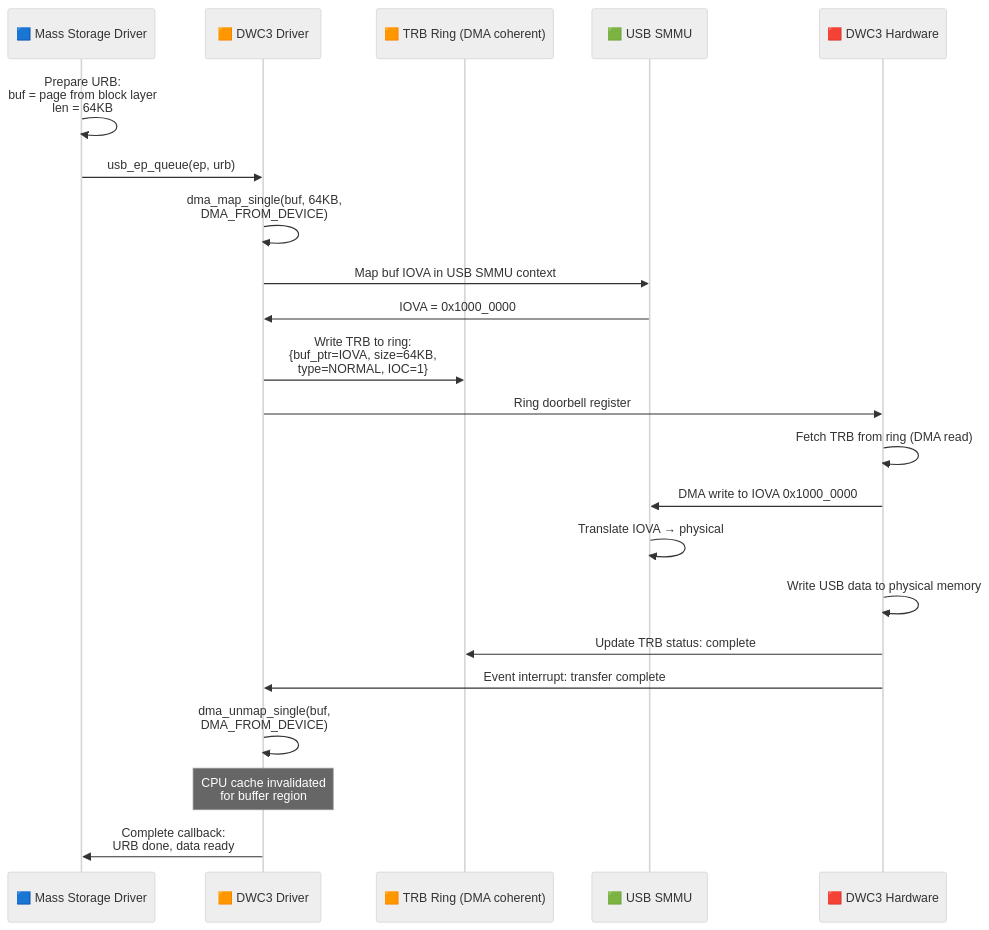
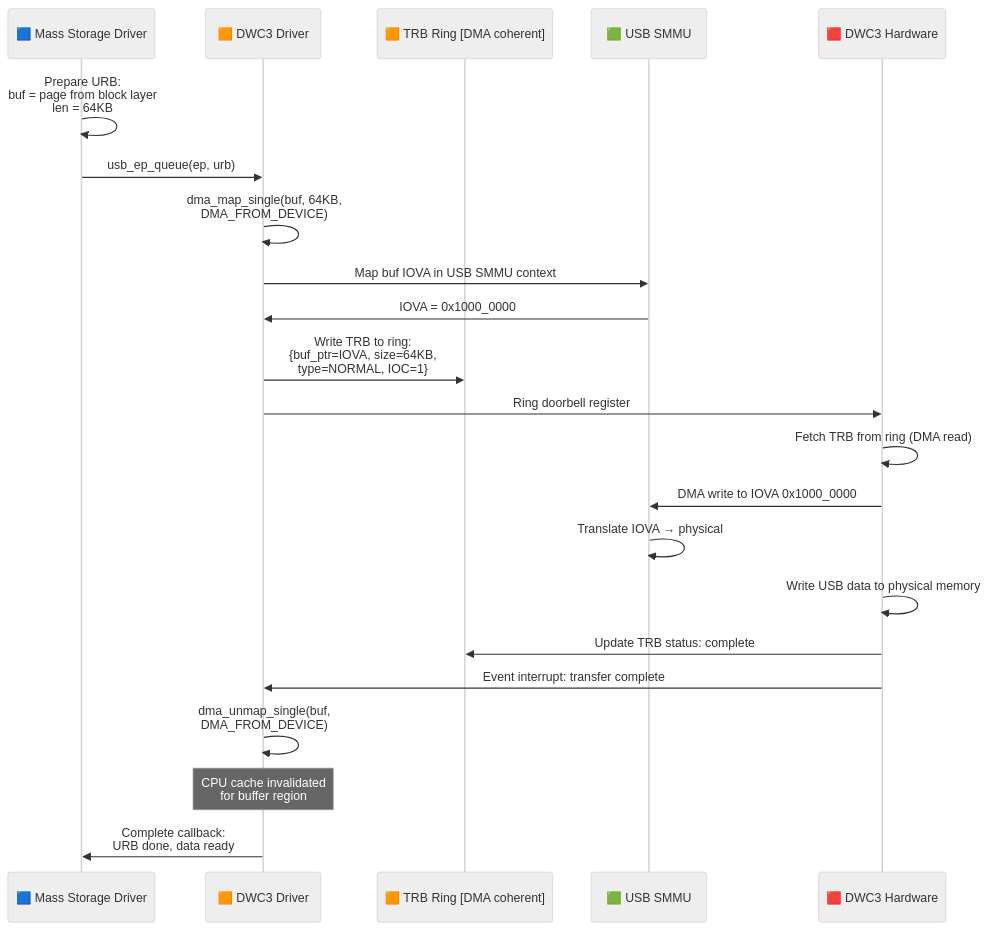
Diagram 19 of 21 in MemoryManagement/19_Qualcomm_System_Design_Part2.md (nilprajapati97/Linux), drawn with Mermaid (neutral theme) before and after one commit. The commit also changed other lines of this file and 68 other files, not shown here.

````diff
--- a/MemoryManagement/19_Qualcomm_System_Design_Part2.md
+++ b/MemoryManagement/19_Qualcomm_System_Design_Part2.md
@@ -772,34 +772,34 @@
 ```mermaid
 sequenceDiagram
     participant CLASS as 🟦 Mass Storage Driver
     participant DWC3 as 🟧 DWC3 Driver
-    participant TRB as 🟧 TRB Ring (DMA coherent)
+    participant TRB as 🟧 TRB Ring [DMA coherent]
     participant SMMU as 🟩 USB SMMU
     participant DWC3_HW as 🟥 DWC3 Hardware
 
     CLASS->>CLASS: Prepare URB:<br/>buf = page from block layer<br/>len = 64KB
 
     CLASS->>DWC3: usb_ep_queue(ep, urb)
 
     DWC3->>DWC3: dma_map_single(buf, 64KB,<br/>DMA_FROM_DEVICE)
 
     DWC3->>SMMU: Map buf IOVA in USB SMMU context
     SMMU->>DWC3: IOVA = 0x1000_0000
 
     DWC3->>TRB: Write TRB to ring:<br/>{buf_ptr=IOVA, size=64KB,<br/> type=NORMAL, IOC=1}
 
     DWC3->>DWC3_HW: Ring doorbell register
 
     DWC3_HW->>DWC3_HW: Fetch TRB from ring (DMA read)
     DWC3_HW->>SMMU: DMA write to IOVA 0x1000_0000
     SMMU->>SMMU: Translate IOVA → physical
     DWC3_HW->>DWC3_HW: Write USB data to physical memory
 
     DWC3_HW->>TRB: Update TRB status: complete
     DWC3_HW->>DWC3: Event interrupt: transfer complete
 
     DWC3->>DWC3: dma_unmap_single(buf,<br/>DMA_FROM_DEVICE)
     Note over DWC3: CPU cache invalidated<br/>for buffer region
 
     DWC3->>CLASS: Complete callback:<br/>URB done, data ready
 ```
````
